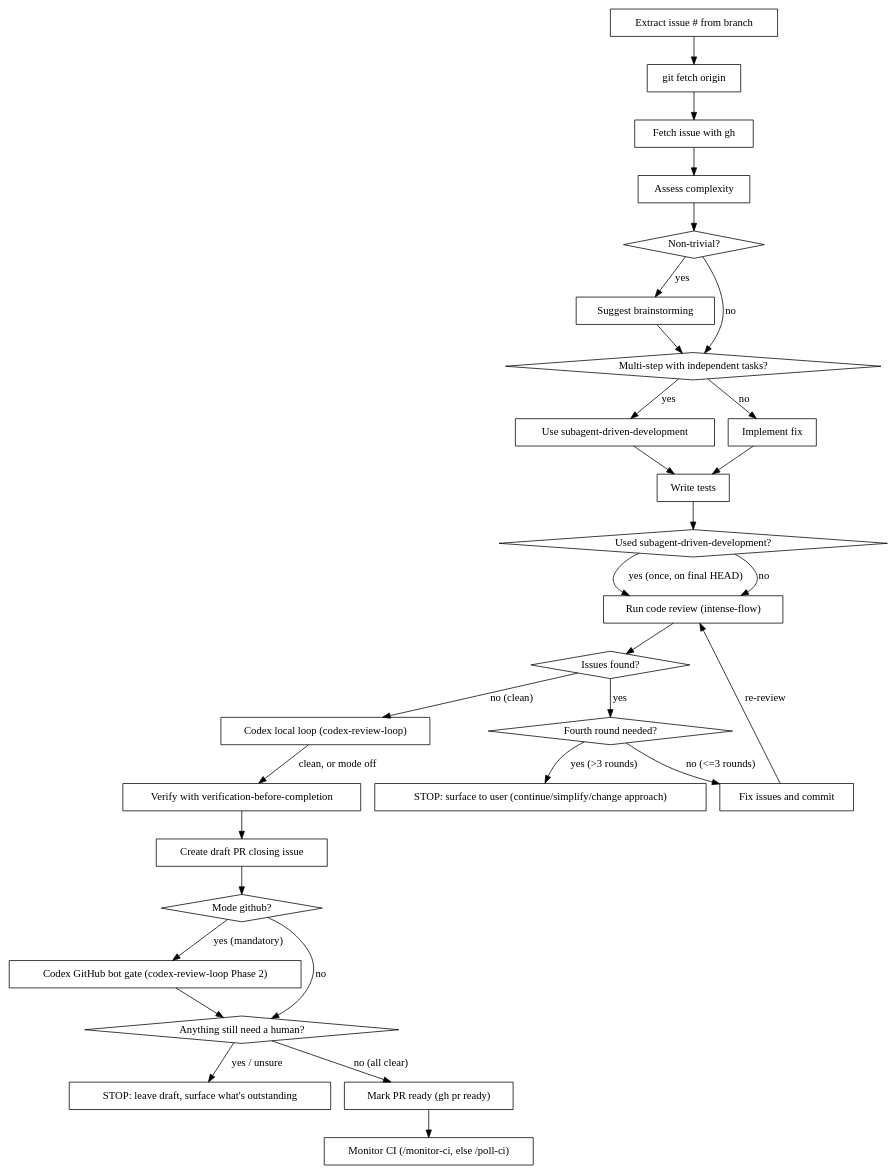
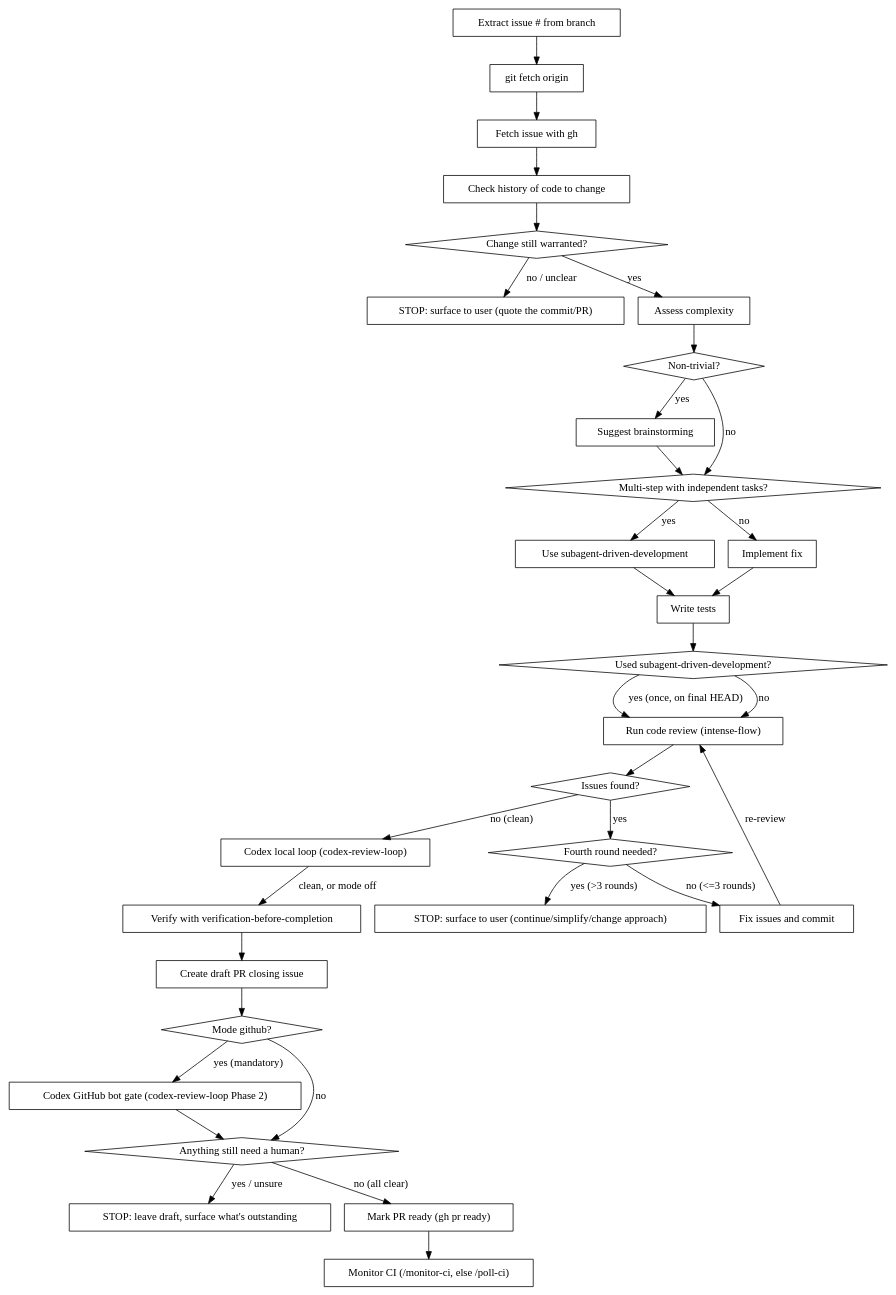
One commit to oalders/kitchen-sink changed the diagram in commands/fix-gh-issue.md. Above: the diagram before and after it, drawn with Graphviz. The commit also changed other lines of this file and 3 other files, not shown here.

First line of the commit message:
fix-gh-issue: add guiding principles and a history check (v2.30.0)

````diff
--- a/commands/fix-gh-issue.md
+++ b/commands/fix-gh-issue.md
@@ -62,59 +71,65 @@
 ```dot
 digraph fix_issue {
     "Extract issue # from branch" [shape=box];
     "git fetch origin" [shape=box];
     "Fetch issue with gh" [shape=box];
+    "Check history of code to change" [shape=box];
+    "Change still warranted?" [shape=diamond];
+    "STOP: surface to user (quote the commit/PR)" [shape=box];
     "Assess complexity" [shape=box];
     "Non-trivial?" [shape=diamond];
     "Suggest brainstorming" [shape=box];
     "Multi-step with independent tasks?" [shape=diamond];
     "Use subagent-driven-development" [shape=box];
     "Implement fix" [shape=box];
     "Write tests" [shape=box];
     "Used subagent-driven-development?" [shape=diamond];
     "Run code review (intense-flow)" [shape=box];
     "Issues found?" [shape=diamond];
     "Fourth round needed?" [shape=diamond];
     "STOP: surface to user (continue/simplify/change approach)" [shape=box];
     "Fix issues and commit" [shape=box];
     "Codex local loop (codex-review-loop)" [shape=box];
     "Verify with verification-before-completion" [shape=box];
     "Create draft PR closing issue" [shape=box];
     "Mode github?" [shape=diamond];
     "Codex GitHub bot gate (codex-review-loop Phase 2)" [shape=box];
     "Anything still need a human?" [shape=diamond];
     "STOP: leave draft, surface what's outstanding" [shape=box];
     "Mark PR ready (gh pr ready)" [shape=box];
     "Monitor CI (/monitor-ci, else /poll-ci)" [shape=box];
 
     "Extract issue # from branch" -> "git fetch origin";
     "git fetch origin" -> "Fetch issue with gh";
-    "Fetch issue with gh" -> "Assess complexity";
+    "Fetch issue with gh" -> "Check history of code to change";
+    "Check history of code to change" -> "Change still warranted?";
+    "Change still warranted?" -> "STOP: surface to user (quote the commit/PR)" [label="no / unclear"];
+    "Change still warranted?" -> "Assess complexity" [label="yes"];
     "Assess complexity" -> "Non-trivial?";
     "Non-trivial?" -> "Suggest brainstorming" [label="yes"];
     "Non-trivial?" -> "Multi-step with independent tasks?" [label="no"];
     "Suggest brainstorming" -> "Multi-step with independent tasks?";
     "Multi-step with independent tasks?" -> "Use subagent-driven-development" [label="yes"];
     "Multi-step with independent tasks?" -> "Implement fix" [label="no"];
     "Use subagent-driven-development" -> "Write tests";
     "Implement fix" -> "Write tests";
     "Write tests" -> "Used subagent-driven-development?";
     "Used subagent-driven-development?" -> "Run code review (intense-flow)" [label="yes (once, on final HEAD)"];
     "Used subagent-driven-development?" -> "Run code review (intense-flow)" [label="no"];
     "Run code review (intense-flow)" -> "Issues found?" [shape=diamond];
     "Issues found?" -> "Fourth round needed?" [label="yes"];
     "Fourth round needed?" -> "STOP: surface to user (continue/simplify/change approach)" [label="yes (>3 rounds)"];
     "Fourth round needed?" -> "Fix issues and commit" [label="no (<=3 rounds)"];
     "Fix issues and commit" -> "Run code review (intense-flow)" [label="re-review"];
     "Issues found?" -> "Codex local loop (codex-review-loop)" [label="no (clean)"];
     "Codex local loop (codex-review-loop)" -> "Verify with verification-before-completion" [label="clean, or mode off"];
     "Verify with verification-before-completion" -> "Create draft PR closing issue";
     "Create draft PR closing issue" -> "Mode github?";
     "Mode github?" -> "Codex GitHub bot gate (codex-review-loop Phase 2)" [label="yes (mandatory)"];
     "Mode github?" -> "Anything still need a human?" [label="no"];
     "Codex GitHub bot gate (codex-review-loop Phase 2)" -> "Anything still need a human?";
     "Anything still need a human?" -> "STOP: leave draft, surface what's outstanding" [label="yes / unsure"];
     "Anything still need a human?" -> "Mark PR ready (gh pr ready)" [label="no (all clear)"];
     "Mark PR ready (gh pr ready)" -> "Monitor CI (/monitor-ci, else /poll-ci)";
 }
 ```
````
